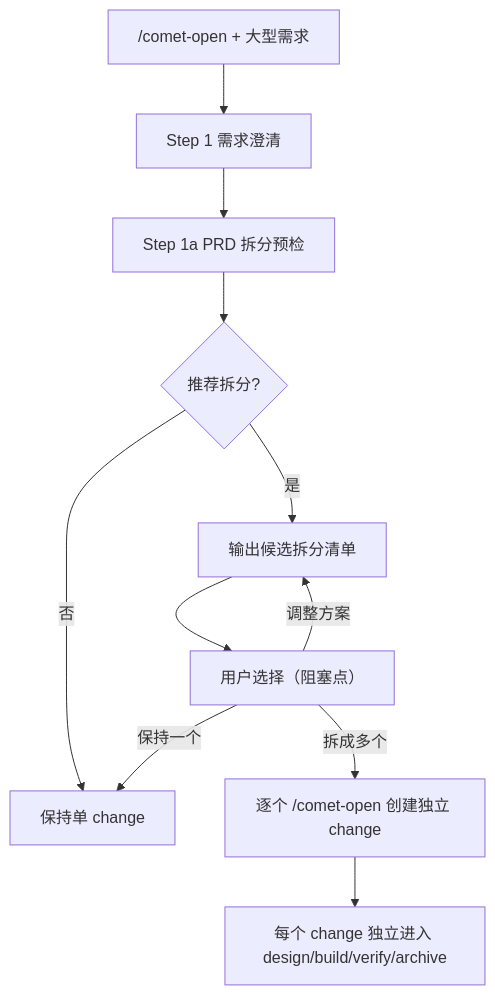
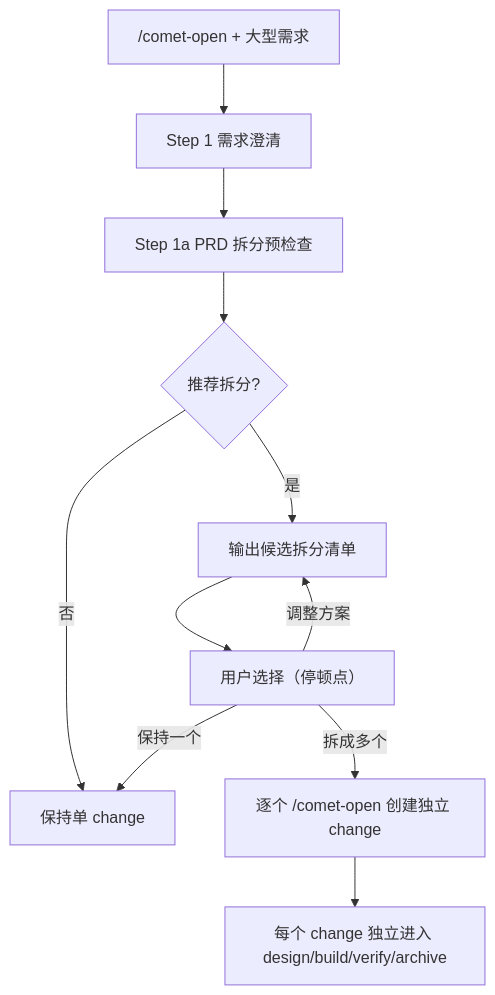
Before and after one commit to rpamis/comet-website-docs: the first of 2 diagrams in zh/guides/prd-splitting.mdx, drawn with Mermaid. The commit also changed other lines of this file and 74 other files, not shown here.

````diff
--- a/zh/guides/prd-splitting.mdx
+++ b/zh/guides/prd-splitting.mdx
@@ -37,13 +37,13 @@
 ```mermaid
 flowchart TD
   A["/comet-open + 大型需求"] --> B["Step 1 需求澄清"]
-  B --> C["Step 1a PRD 拆分预检"]
+  B --> C["Step 1a PRD 拆分预检查"]
   C --> D{"推荐拆分?"}
   D -->|是| E["输出候选拆分清单"]
   D -->|否| F["保持单 change"]
-  E --> G["用户选择（阻塞点）"]
+  E --> G["用户选择（停顿点）"]
   G -->|拆成多个| H["逐个 /comet-open 创建独立 change"]
   G -->|保持一个| F
   G -->|调整方案| E
   H --> I["每个 change 独立进入 design/build/verify/archive"]
 ```
````
